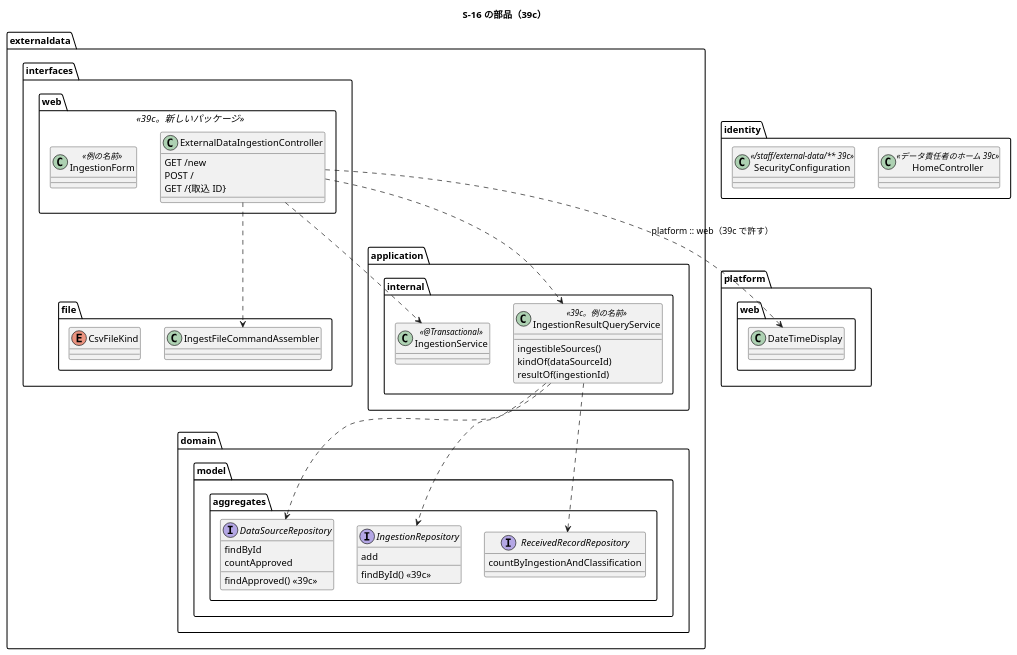
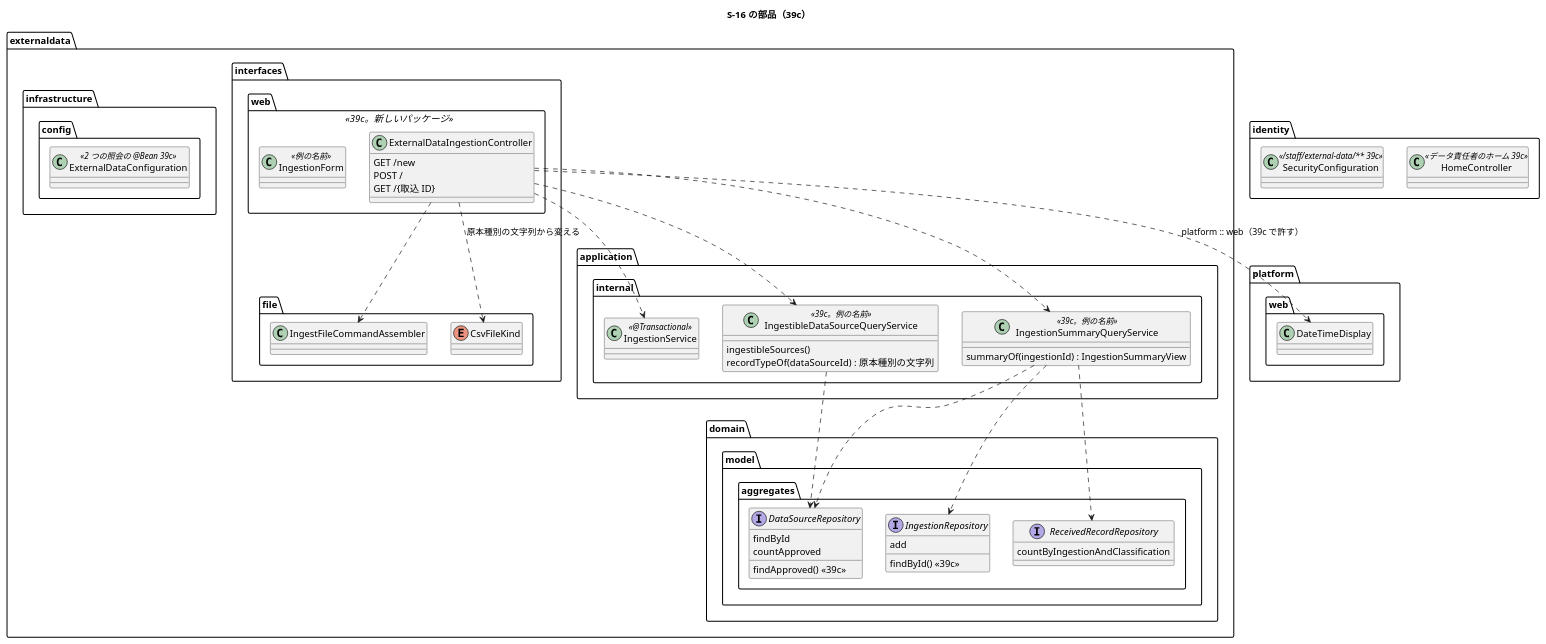
One commit to k2works/practical-domain-driven-design-in-enterpris-application changed the fifth of 5 diagrams in docs/development/cargo-tracker/bolt_39c_plan.md. Above: the diagram before and after it, drawn with PlantUML. The commit also changed other lines of this file and 2 other files, not shown here.

````diff
--- a/docs/development/cargo-tracker/bolt_39c_plan.md
+++ b/docs/development/cargo-tracker/bolt_39c_plan.md
@@ -262,53 +271,61 @@
 ```plantuml
 @startuml
 title S-16 の部品（39c）
 package "externaldata.interfaces.web" <<39c。新しいパッケージ>> {
   class ExternalDataIngestionController {
     GET /new
     POST /
     GET /{取込 ID}
   }
   class IngestionForm <<例の名前>>
 }
 package "externaldata.interfaces.file" {
   class IngestFileCommandAssembler
   enum CsvFileKind
 }
 package "externaldata.application.internal" {
   class IngestionService <<@Transactional>>
-  class IngestionResultQueryService <<39c。例の名前>> {
+  class IngestibleDataSourceQueryService <<39c。例の名前>> {
     ingestibleSources()
-    kindOf(dataSourceId)
-    resultOf(ingestionId)
+    recordTypeOf(dataSourceId) : 原本種別の文字列
   }
+  class IngestionSummaryQueryService <<39c。例の名前>> {
+    summaryOf(ingestionId) : IngestionSummaryView
+  }
+}
+package "externaldata.infrastructure.config" {
+  class ExternalDataConfiguration <<2 つの照会の @Bean 39c>>
 }
 package "externaldata.domain.model.aggregates" {
   interface DataSourceRepository {
     findById
     countApproved
     findApproved() <<39c>>
   }
   interface IngestionRepository {
     add
     findById() <<39c>>
   }
   interface ReceivedRecordRepository {
     countByIngestionAndClassification
   }
 }
 package "platform.web" {
   class DateTimeDisplay
 }
 package "identity" {
   class HomeController <<データ責任者のホーム 39c>>
   class SecurityConfiguration <</staff/external-data/** 39c>>
 }
 ExternalDataIngestionController ..> IngestFileCommandAssembler
 ExternalDataIngestionController ..> IngestionService
-ExternalDataIngestionController ..> IngestionResultQueryService
+ExternalDataIngestionController ..> IngestibleDataSourceQueryService
+ExternalDataIngestionController ..> IngestionSummaryQueryService
+ExternalDataIngestionController ..> CsvFileKind : 原本種別の文字列から変える
 ExternalDataIngestionController ..> DateTimeDisplay : platform :: web（39c で許す）
-IngestionResultQueryService ..> DataSourceRepository
-IngestionResultQueryService ..> IngestionRepository
-IngestionResultQueryService ..> ReceivedRecordRepository
+IngestibleDataSourceQueryService ..> DataSourceRepository
+IngestionSummaryQueryService ..> DataSourceRepository
+IngestionSummaryQueryService ..> IngestionRepository
+IngestionSummaryQueryService ..> ReceivedRecordRepository
 @enduml
 ```
````
